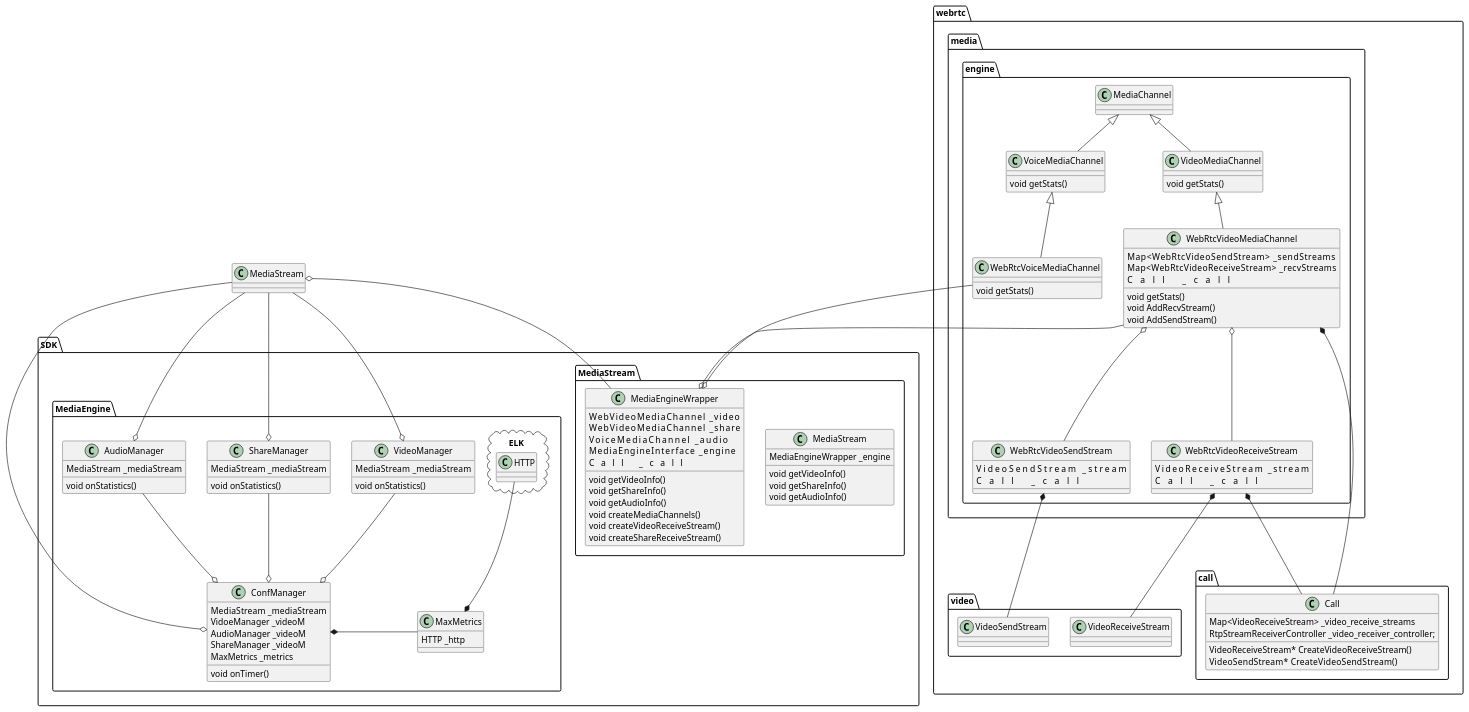
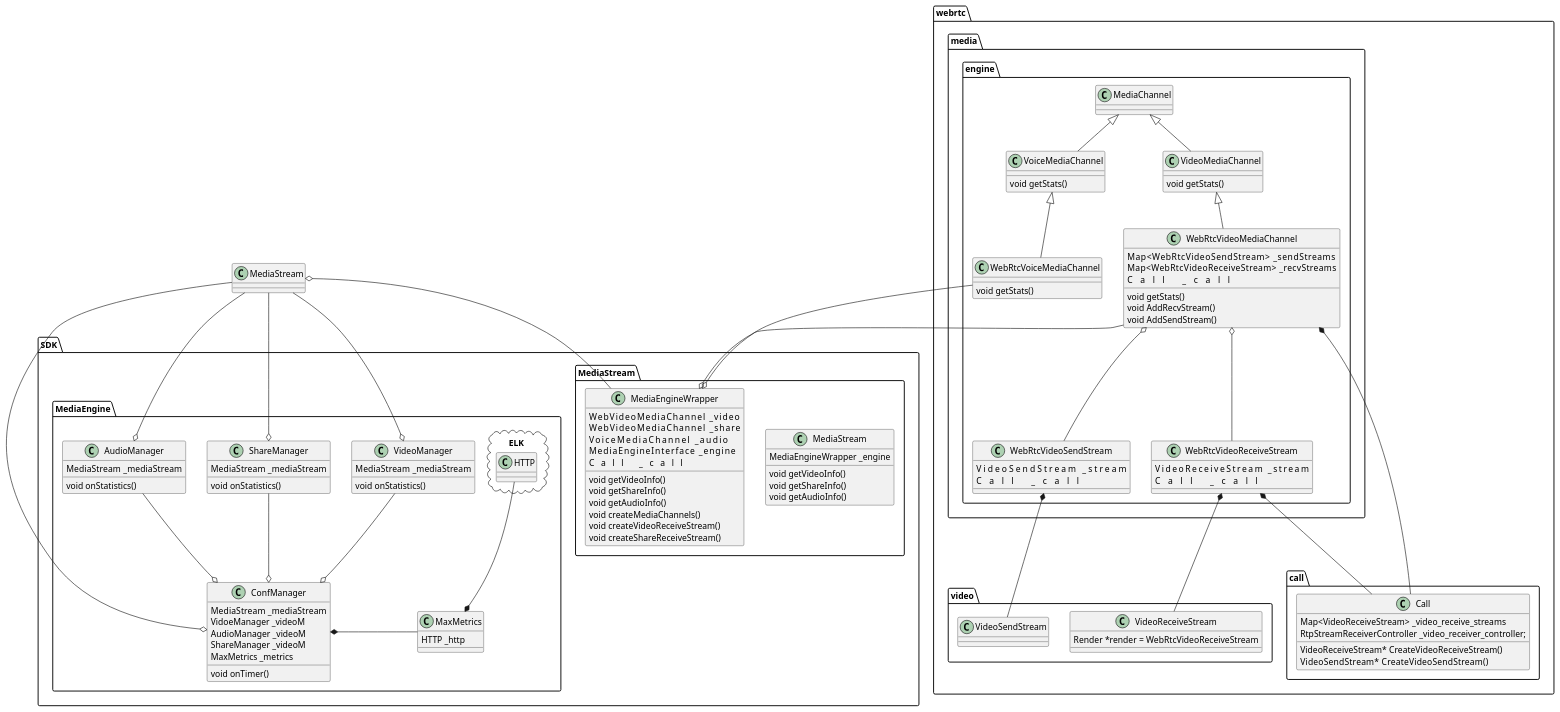
One commit to hjybdrs/hjybdrs.github.io changed the diagram in source/_posts/sdkUML/sdk.plantuml. Above: the diagram before and after it, drawn with PlantUML.

Commit message:
[modify][what] 添加render 的依赖使用

```diff
--- a/source/_posts/sdkUML/sdk.plantuml
+++ b/source/_posts/sdkUML/sdk.plantuml
@@ -1,181 +1,181 @@
 @startuml
 
 package "webrtc"
 {
 
     package "call"
     {
         class Call
         {
             Map<VideoReceiveStream> _video_receive_streams
             RtpStreamReceiverController _video_receiver_controller;
             VideoReceiveStream* CreateVideoReceiveStream()
             VideoSendStream*    CreateVideoSendStream()
         }
     }
 
     package "video"
     {
         class VideoReceiveStream
         {
-
+            Render *render = WebRtcVideoReceiveStream
         }
 
         class VideoSendStream
         {
 
         }
     }
 
     package "media.engine"
     {
         class VideoMediaChannel
         {
             void getStats()
         }
 
         class WebRtcVideoMediaChannel
         {
             Map<WebRtcVideoSendStream>          _sendStreams
             Map<WebRtcVideoReceiveStream>       _recvStreams
             Call                                _call
             void getStats()
             void AddRecvStream()
             void AddSendStream()
         }
 
         class WebRtcVideoReceiveStream
         {
             VideoReceiveStream                  _stream
             Call                                _call
         }
 
         class WebRtcVideoSendStream
         {
             VideoSendStream                     _stream
             Call                                _call
         }
 
         class VoiceMediaChannel
         {
             void getStats()
         }
 
         class WebRtcVoiceMediaChannel
         {
             void getStats()
         }
 
         class MediaChannel
         {
             
         }
 
 
         MediaChannel <|-- VoiceMediaChannel
         MediaChannel <|-- VideoMediaChannel
         VideoMediaChannel <|-- WebRtcVideoMediaChannel
         VoiceMediaChannel <|-- WebRtcVoiceMediaChannel
 
         WebRtcVideoMediaChannel o-- WebRtcVideoReceiveStream
         WebRtcVideoMediaChannel o-- WebRtcVideoSendStream
         WebRtcVideoReceiveStream *-- VideoReceiveStream
         WebRtcVideoSendStream *-- VideoSendStream
         WebRtcVideoMediaChannel *-- Call
         WebRtcVideoReceiveStream *-- Call
     }
 
 }
 
 package "SDK"
 {
     package "MediaStream"
     {
         class MediaStream
         {
             MediaEngineWrapper _engine
             void getVideoInfo()
             void getShareInfo()
             void getAudioInfo()
         }
         
         class MediaEngineWrapper
         {
             WebVideoMediaChannel            _video
             WebVideoMediaChannel            _share
             VoiceMediaChannel               _audio
             MediaEngineInterface            _engine
             Call                            _call
             void getVideoInfo()
             void getShareInfo()
             void getAudioInfo()
             void createMediaChannels()
             void createVideoReceiveStream()
             void createShareReceiveStream()
         }
 
     }
 
     package "MediaEngine"
     {
 
         class VideoManager
         {
             MediaStream  _mediaStream
             void onStatistics()
         }
 
         class ShareManager
         {
             MediaStream  _mediaStream
             void onStatistics()
         }
 
         class AudioManager
         {
             MediaStream  _mediaStream
             void onStatistics()
         }
 
         class MaxMetrics
         {
             HTTP _http
         }
         
         package ELK <<Cloud>>
         {
             class HTTP
         }
         
         class ConfManager
         { 
             MediaStream  _mediaStream
             VidoeManager _videoM
             AudioManager _videoM
             ShareManager _videoM
             MaxMetrics _metrics
             void onTimer()
         }
     }
 
 }
 
 
 
 WebRtcVideoMediaChannel --o MediaEngineWrapper
 WebRtcVoiceMediaChannel --o MediaEngineWrapper
 
 MediaEngineWrapper --o MediaStream
 
 VideoManager --o ConfManager
 ShareManager --o ConfManager
 AudioManager --o ConfManager
 
 MediaStream --o VideoManager
 MediaStream --o ShareManager
 MediaStream --o AudioManager
 MediaStream --o ConfManager
 HTTP  --* MaxMetrics
 MaxMetrics -left-* ConfManager
 
 @enduml
```
